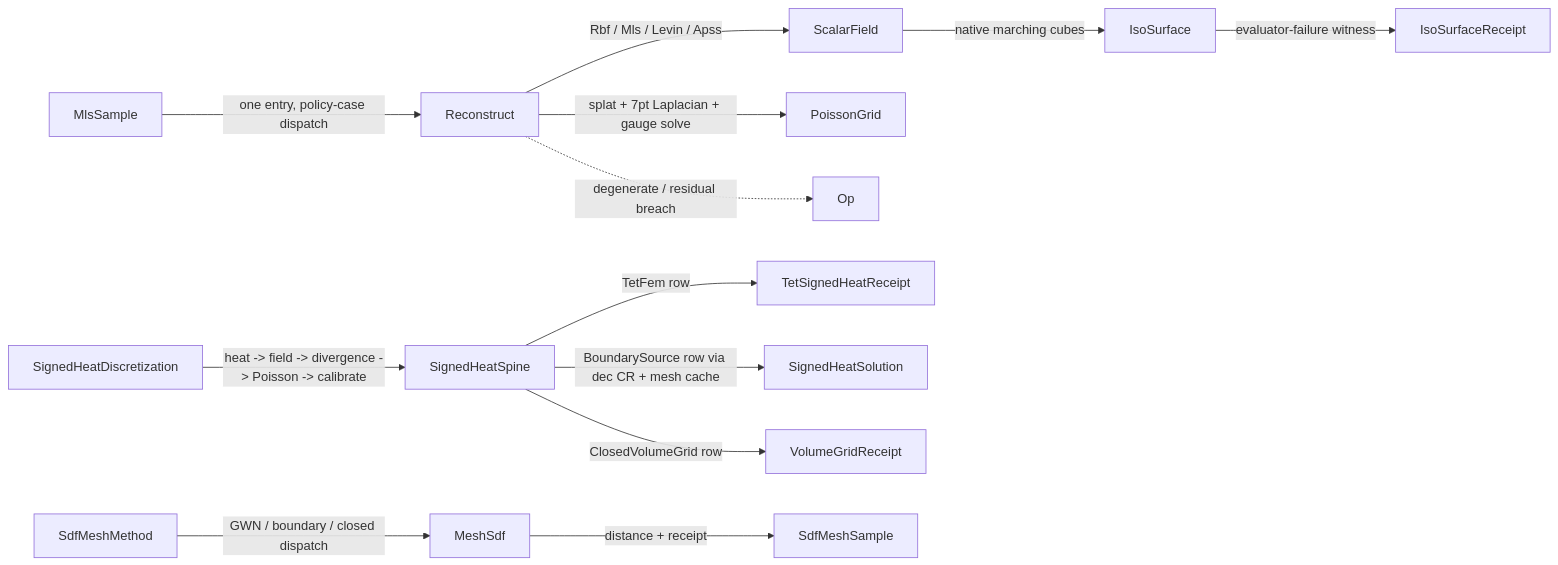
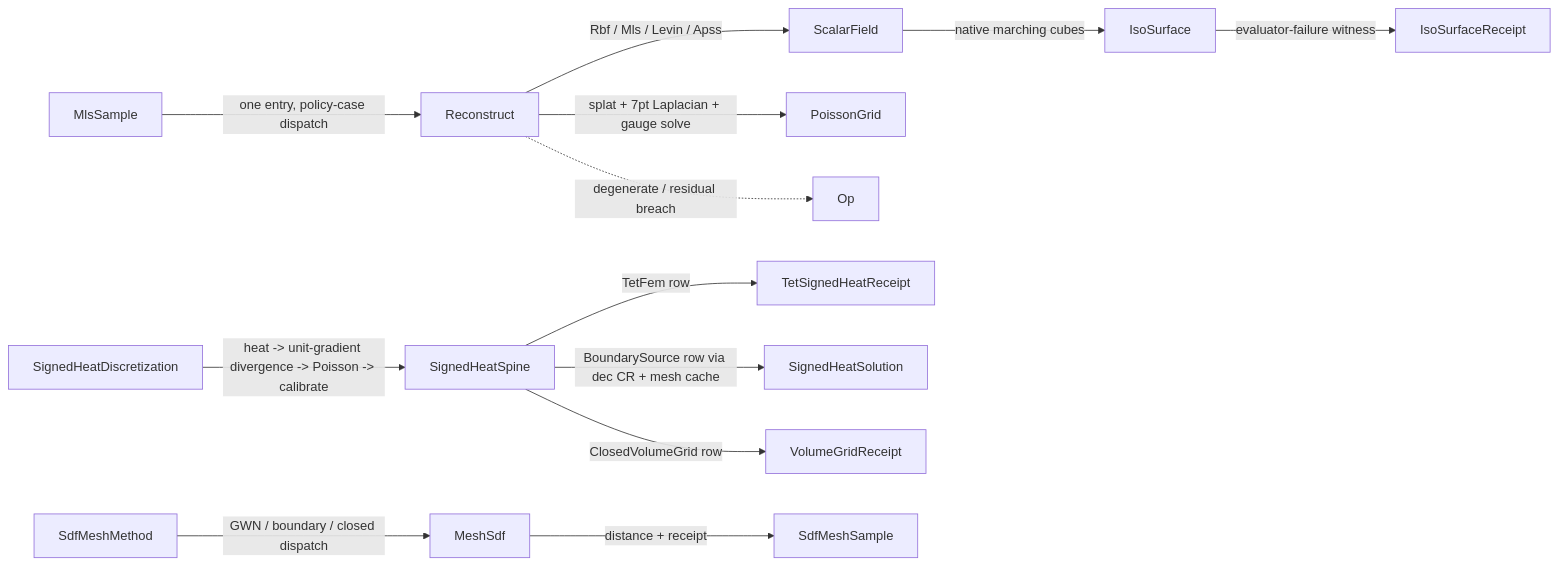
The diagram in libs/csharp/Rasm/.planning/Meshing/reconstruct.md (bsamiee/Rasm), drawn with Mermaid before and after one commit. The commit also changed other lines of this file and 166 other files, not shown here.

````diff
--- a/libs/csharp/Rasm/.planning/Meshing/reconstruct.md
+++ b/libs/csharp/Rasm/.planning/Meshing/reconstruct.md
@@ -567,15 +581,15 @@
 ```mermaid
 flowchart LR
     MlsSample -->|one entry, policy-case dispatch| Reconstruct
     Reconstruct -->|Rbf / Mls / Levin / Apss| ScalarField
     Reconstruct -->|splat + 7pt Laplacian + gauge solve| PoissonGrid
-    SignedHeatDiscretization -->|heat -> field -> divergence -> Poisson -> calibrate| SignedHeatSpine
+    SignedHeatDiscretization -->|heat -> unit-gradient divergence -> Poisson -> calibrate| SignedHeatSpine
     SignedHeatSpine -->|TetFem row| TetSignedHeatReceipt
     SignedHeatSpine -->|BoundarySource row via dec CR + mesh cache| SignedHeatSolution
     SignedHeatSpine -->|ClosedVolumeGrid row| VolumeGridReceipt
     SdfMeshMethod -->|GWN / boundary / closed dispatch| MeshSdf
     MeshSdf -->|distance + receipt| SdfMeshSample
     ScalarField -->|native marching cubes| IsoSurface
     IsoSurface -->|evaluator-failure witness| IsoSurfaceReceipt
     Reconstruct -.->|degenerate / residual breach| Op
 ```
````
